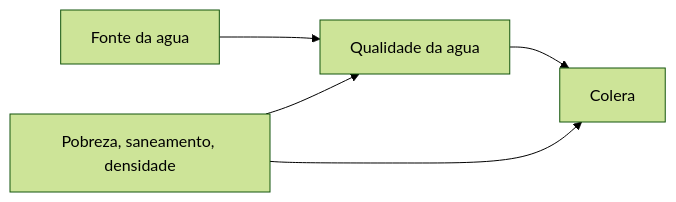
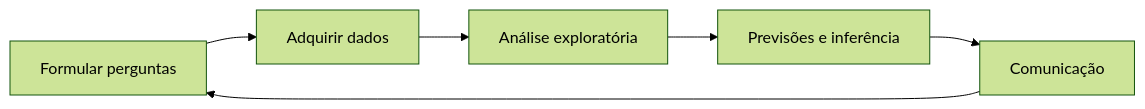
One commit to heitorramos/icd changed the first of 2 diagrams in slides/02-causalidade.qmd. Above: the diagram before and after it, drawn with Mermaid (forest theme). The commit also changed other lines of this file and 5 other files, not shown here.

````diff
--- a/slides/02-causalidade.qmd
+++ b/slides/02-causalidade.qmd
@@ -265,7 +42,8 @@
 ```{mermaid}
 flowchart LR
-  A["Fonte da agua"] --> B["Qualidade da agua"]
-  B --> C["Colera"]
-  D["Pobreza, saneamento, densidade"] --> B
-  D --> C
+  A["Formular perguntas"] --> B["Adquirir dados"]
+  B --> C["Análise exploratória"]
+  C --> D["Previsões e inferência"]
+  D --> E["Comunicação"]
+  E --> A
 ```
````
